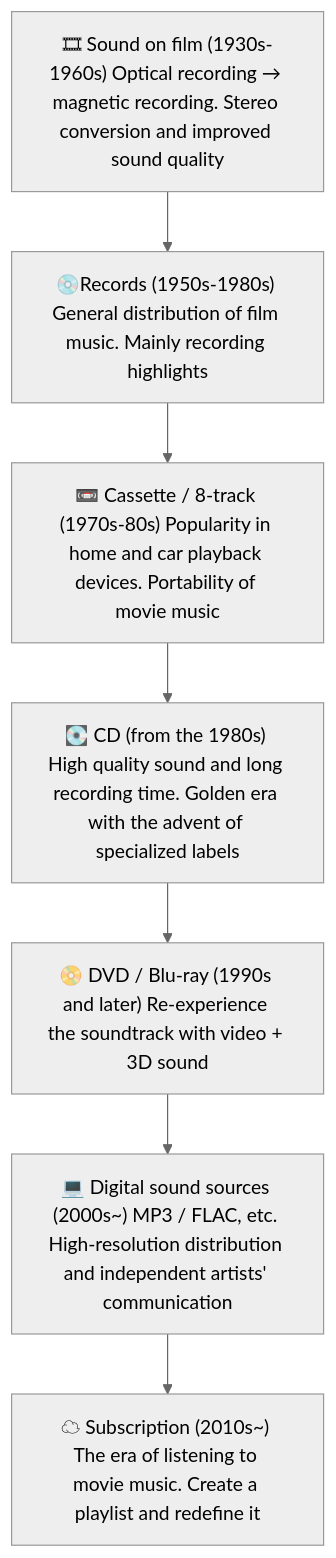
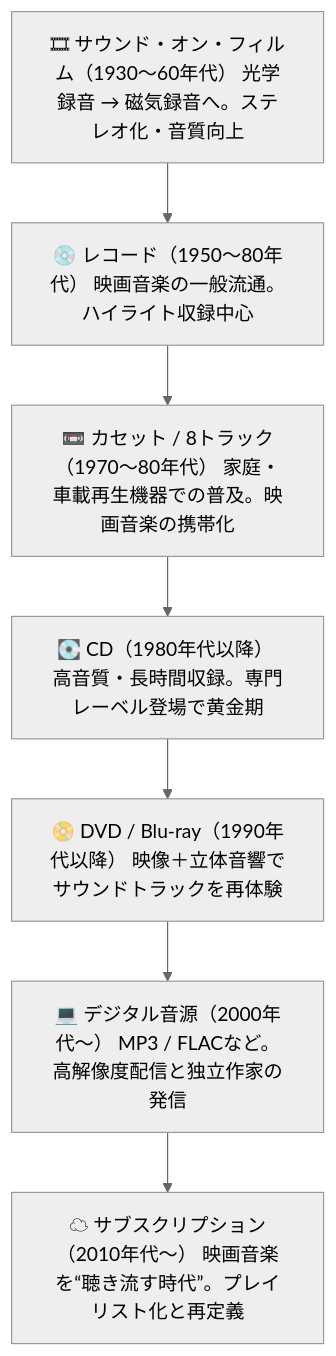
Before and after one commit to monumental-movement/monumental-movement.github.io: the diagram in en/_posts/2025-07-17-Column-Soundtrack.md, drawn with Mermaid (neutral theme). The commit also changed other lines of this file and 1724 other files, not shown here.

```diff
--- a/en/_posts/2025-07-17-Column-Soundtrack.md
+++ b/en/_posts/2025-07-17-Column-Soundtrack.md
@@ -102,14 +100,14 @@
 <div class="mermaid">
 
 flowchart TD
-A["🎞 Sound on film (1930s-1960s) Optical recording → magnetic recording. Stereo conversion and improved sound quality"]
-B["💿Records (1950s-1980s) General distribution of film music. Mainly recording highlights"]
-C["📼 Cassette / 8-track (1970s-80s) Popularity in home and car playback devices. Portability of movie music"]
-D["💽 CD (from the 1980s) High quality sound and long recording time. Golden era with the advent of specialized labels"]
-E["📀 DVD / Blu-ray (1990s and later) Re-experience the soundtrack with video + 3D sound"]
-F["💻 Digital sound sources (2000s~) MP3 / FLAC, etc. High-resolution distribution and independent artists' communication"]
-G["☁ Subscription (2010s~) The era of listening to movie music. Create a playlist and redefine it"]
+  A["🎞 サウンド・オン・フィルム（1930〜60年代） 光学録音 → 磁気録音へ。ステレオ化・音質向上"]
+  B["💿 レコード（1950〜80年代） 映画音楽の一般流通。ハイライト収録中心"]
+  C["📼 カセット / 8トラック（1970〜80年代） 家庭・車載再生機器での普及。映画音楽の携帯化"]
+  D["💽 CD（1980年代以降） 高音質・長時間収録。専門レーベル登場で黄金期"]
+  E["📀 DVD / Blu-ray（1990年代以降） 映像＋立体音響でサウンドトラックを再体験"]
+  F["💻 デジタル音源（2000年代〜） MP3 / FLACなど。高解像度配信と独立作家の発信"]
+  G["☁ サブスクリプション（2010年代〜） 映画音楽を“聴き流す時代”。プレイリスト化と再定義"]
 
-A --> B --> C --> D --> E --> F --> G
+  A --> B --> C --> D --> E --> F --> G
 
 </div>
```
